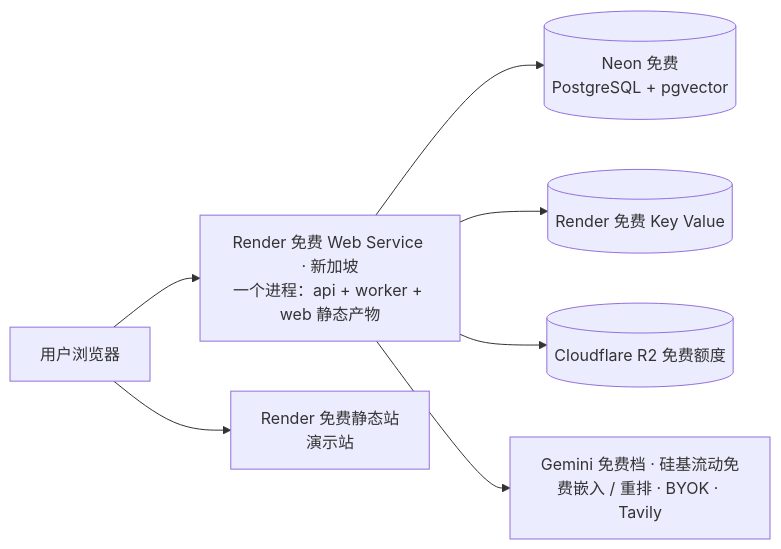
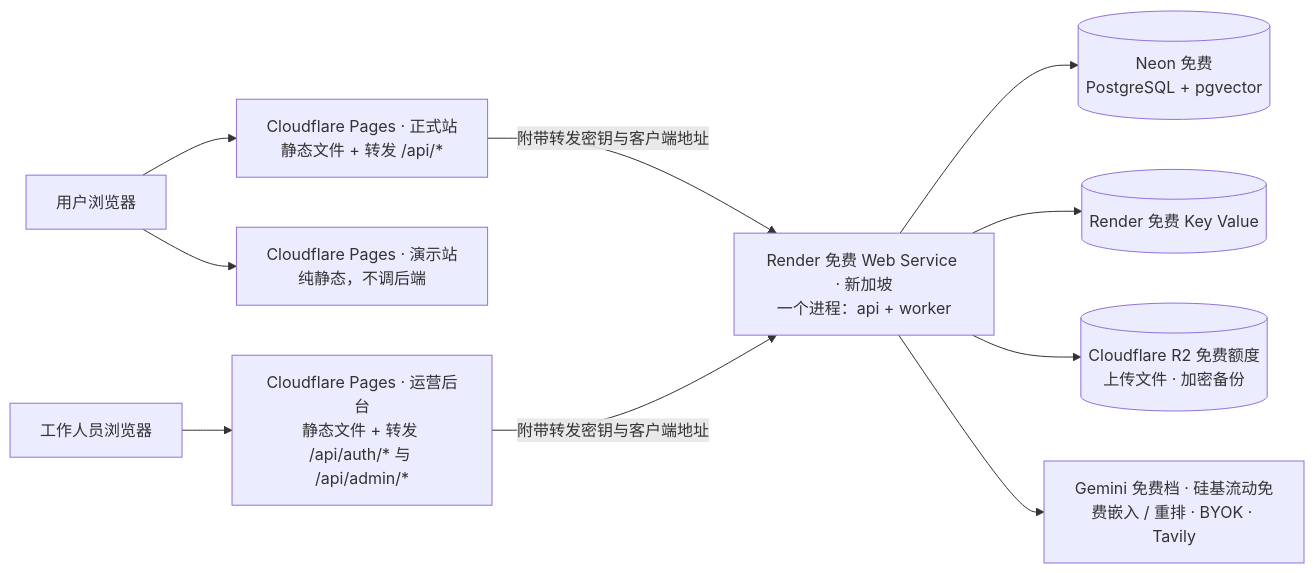
One commit to NNNoxin/mingxi_6.1 changed the second of 2 diagrams in docs/02-目标架构.md. Above: the diagram before and after it, drawn with Mermaid. The commit also changed other lines of this file and 3 other files, not shown here.

````diff
--- a/docs/02-目标架构.md
+++ b/docs/02-目标架构.md
@@ -434,9 +436,12 @@
 ```mermaid
 flowchart LR
-  U[用户浏览器] --> R1[Render 免费 Web Service · 新加坡<br/>一个进程：api + worker + web 静态产物]
-  U --> R2S[Render 免费静态站<br/>演示站]
+  U[用户浏览器] --> WEBP["Cloudflare Pages · 正式站<br/>静态文件 + 转发 /api/*"]
+  U --> DEMOP["Cloudflare Pages · 演示站<br/>纯静态，不调后端"]
+  S[工作人员浏览器] --> ADMINP["Cloudflare Pages · 运营后台<br/>静态文件 + 转发 /api/auth/* 与 /api/admin/*"]
+  WEBP -- "附带转发密钥与客户端地址" --> R1["Render 免费 Web Service · 新加坡<br/>一个进程：api + worker"]
+  ADMINP -- "附带转发密钥与客户端地址" --> R1
   R1 --> NEON[(Neon 免费<br/>PostgreSQL + pgvector)]
   R1 --> KV[(Render 免费 Key Value)]
-  R1 --> R2[(Cloudflare R2 免费额度)]
+  R1 --> R2[(Cloudflare R2 免费额度<br/>上传文件 · 加密备份)]
   R1 --> MODELS[Gemini 免费档 · 硅基流动免费嵌入 / 重排 · BYOK · Tavily]
 ```
````
